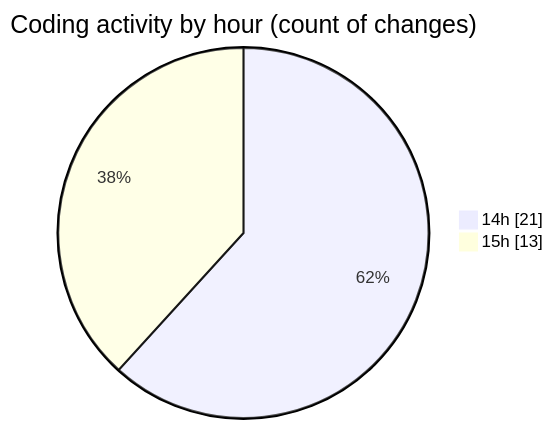
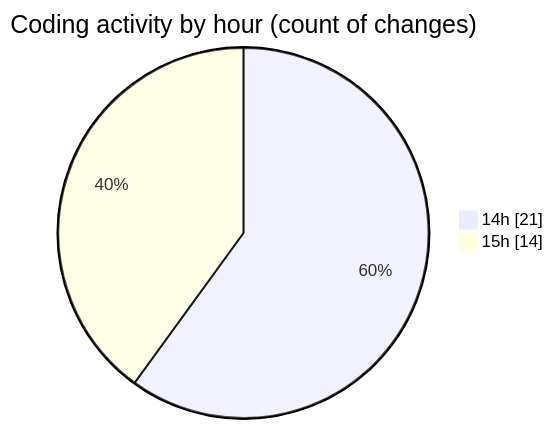
Before and after one commit to Ritupan-Deka/code-tracking: the second of 2 diagrams in 2025-05-24/projects/README.md, drawn with Mermaid. The commit also changed other lines of this file and 1 other file, not shown here.

````diff
--- a/2025-05-24/projects/README.md
+++ b/2025-05-24/projects/README.md
@@ -33,6 +33,6 @@
 ```mermaid
 pie showData
 title Coding activity by hour (count of changes)
 "14h" : 21
-"15h" : 13
+"15h" : 14
 ```
````
